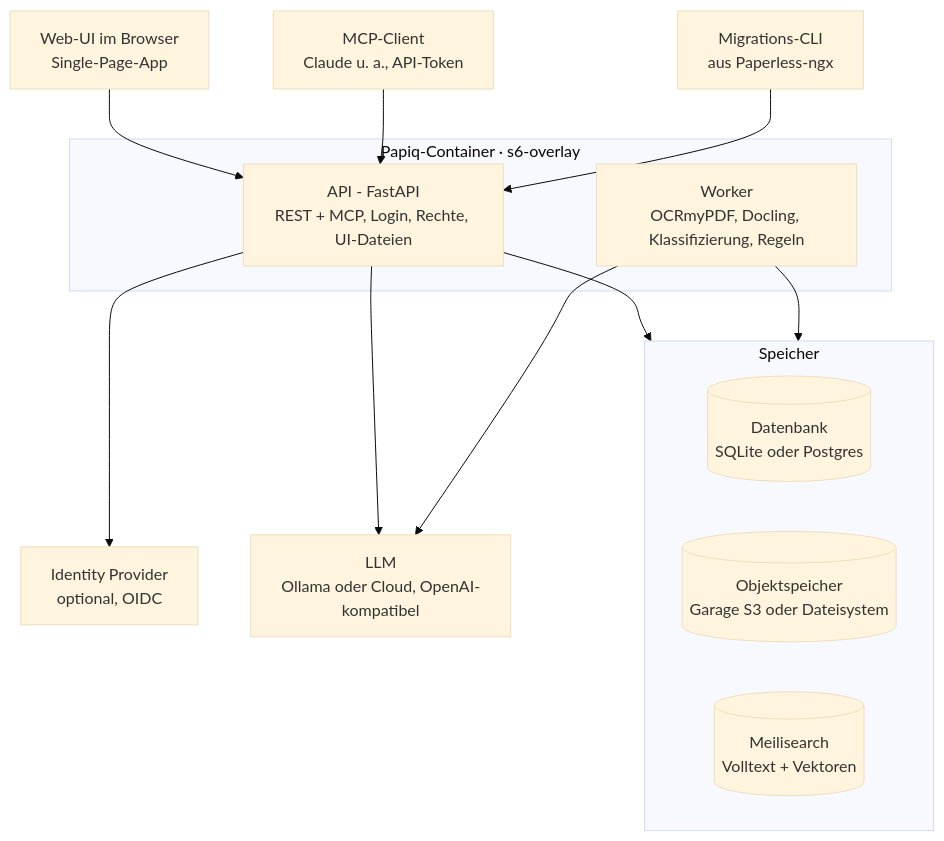
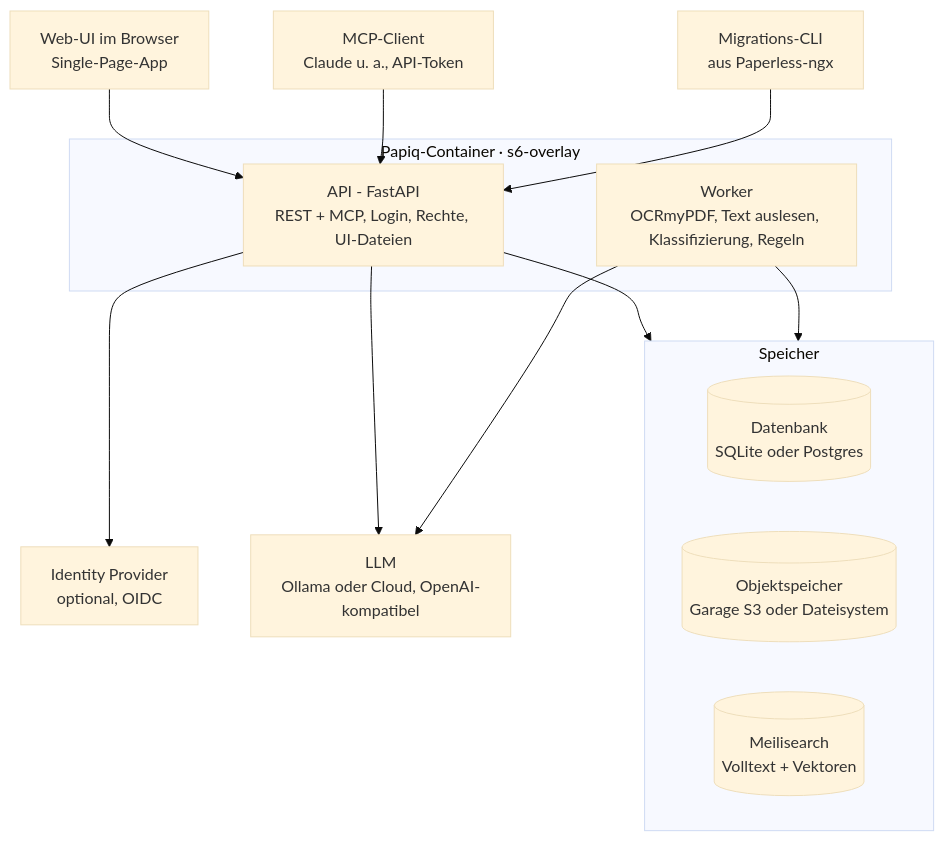
Before and after one commit to tb1337/lekto-dms: the diagram in .idea/architektur.md, drawn with Mermaid (base theme). The commit also changed other lines of this file and 1 other file, not shown here.

Commit message:
Record the decision for the layout text and its comparison

````diff
--- a/.idea/architektur.md
+++ b/.idea/architektur.md
@@ -22,25 +22,25 @@
 ```mermaid
 flowchart TB
     ui[Web-UI im Browser<br/>Single-Page-App]
     mcp[MCP-Client<br/>Claude u. a., API-Token]
     cli[Migrations-CLI<br/>aus Paperless-ngx]
     subgraph papiq[Papiq-Container · s6-overlay]
         api[API - FastAPI<br/>REST + MCP, Login, Rechte, UI-Dateien]
-        worker[Worker<br/>OCRmyPDF, Docling, Klassifizierung, Regeln]
+        worker[Worker<br/>OCRmyPDF, Text auslesen, Klassifizierung, Regeln]
     end
     idp[Identity Provider<br/>optional, OIDC]
     llm[LLM<br/>Ollama oder Cloud, OpenAI-kompatibel]
     subgraph speicher[Speicher]
         db[(Datenbank<br/>SQLite oder Postgres)]
         s3[(Objektspeicher<br/>Garage S3 oder Dateisystem)]
         search[(Meilisearch<br/>Volltext + Vektoren)]
     end
     ui --> api
     mcp --> api
     cli --> api
     api --> idp
     api --> llm
     worker --> llm
     api --> speicher
     worker --> speicher
 ```
````
